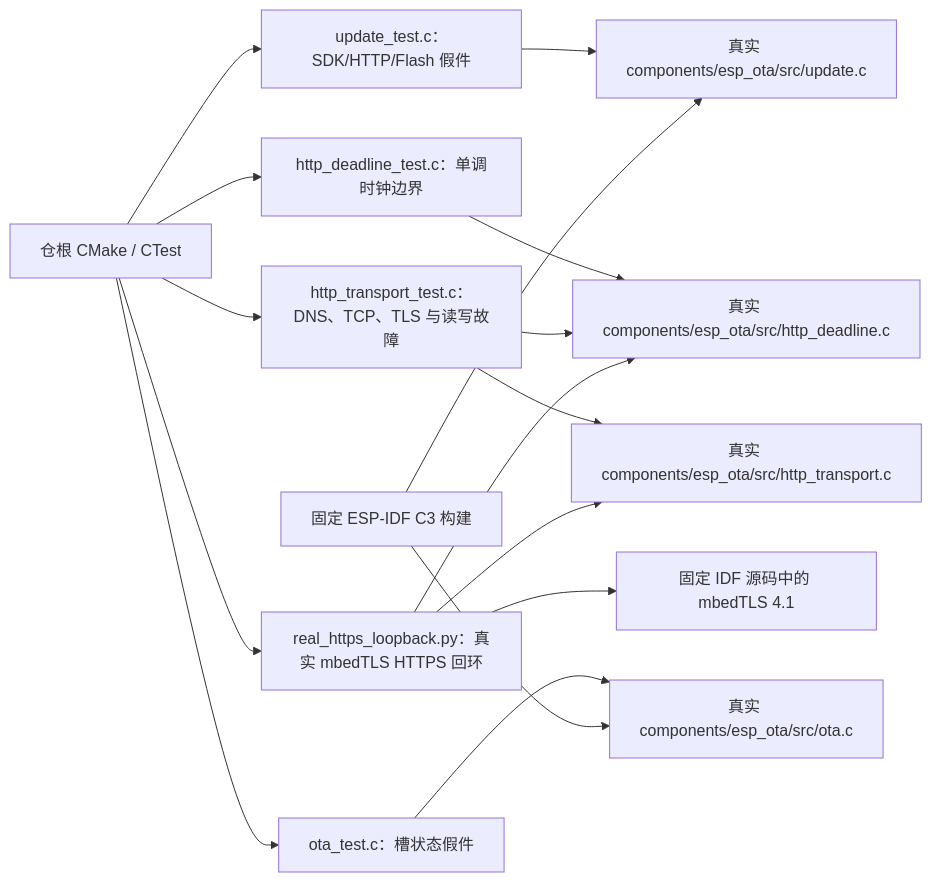
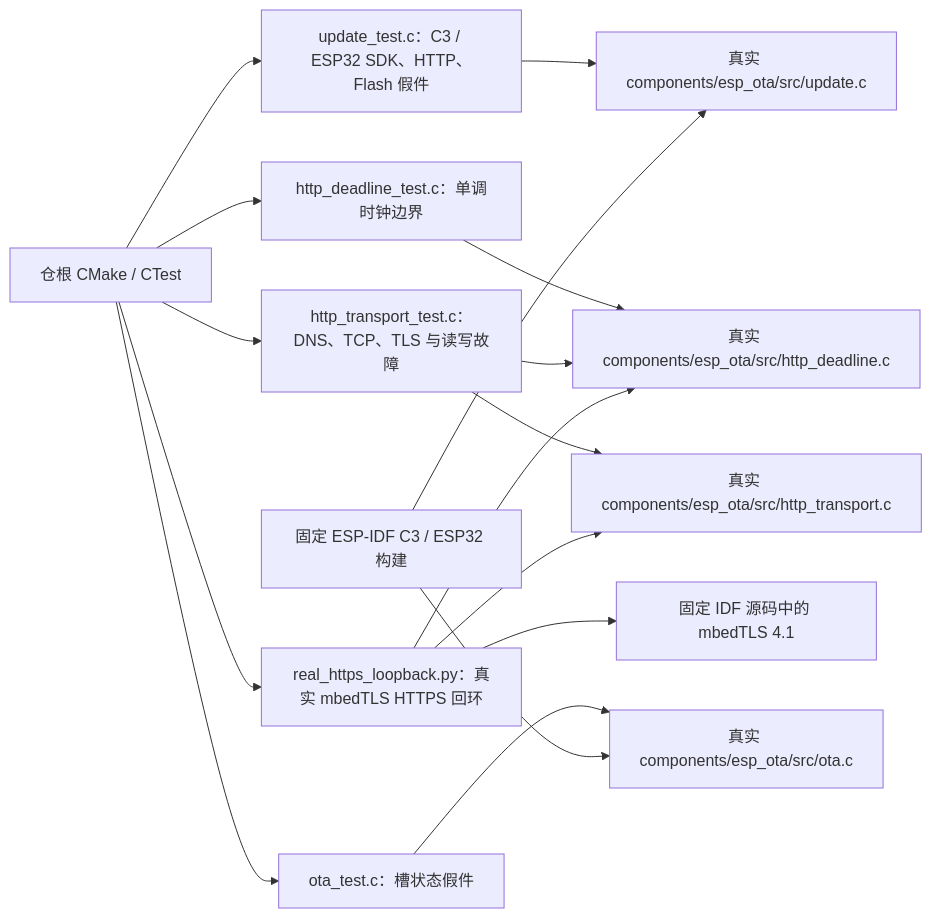
Before and after one commit to darren-you/esp-ota: the diagram in tests/README.md, drawn with Mermaid. The commit also changed other lines of this file and 20 other files, not shown here.

Commit message:
适配 C3 与 ESP32 双目标 OTA 签名及离线样例

````diff
--- a/tests/README.md
+++ b/tests/README.md
@@ -5,18 +5,18 @@
 ```mermaid
 flowchart LR
-    cmake["仓根 CMake / CTest"] --> update["update_test.c：SDK/HTTP/Flash 假件"]
+    cmake["仓根 CMake / CTest"] --> update["update_test.c：C3 / ESP32 SDK、HTTP、Flash 假件"]
     cmake --> drip["http_deadline_test.c：单调时钟边界"]
     cmake --> transport["http_transport_test.c：DNS、TCP、TLS 与读写故障"]
     cmake --> https["real_https_loopback.py：真实 mbedTLS HTTPS 回环"]
     cmake --> confirm["ota_test.c：槽状态假件"]
     update --> real_update["真实 components/esp_ota/src/update.c"]
     drip --> deadline["真实 components/esp_ota/src/http_deadline.c"]
     transport --> real_transport["真实 components/esp_ota/src/http_transport.c"]
     transport --> deadline
     https --> real_transport
     https --> deadline
     https --> sdk["固定 IDF 源码中的 mbedTLS 4.1"]
     confirm --> real_ota["真实 components/esp_ota/src/ota.c"]
-    c3["固定 ESP-IDF C3 构建"] --> real_update
-    c3 --> real_ota
+    idf["固定 ESP-IDF C3 / ESP32 构建"] --> real_update
+    idf --> real_ota
 ```
````
